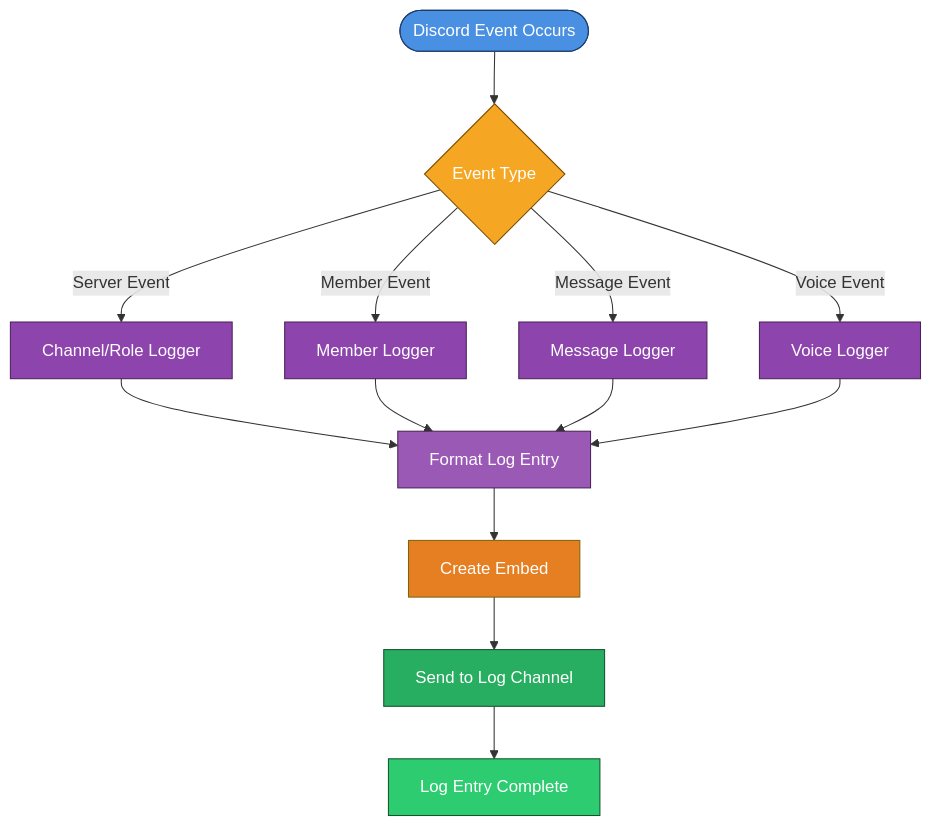
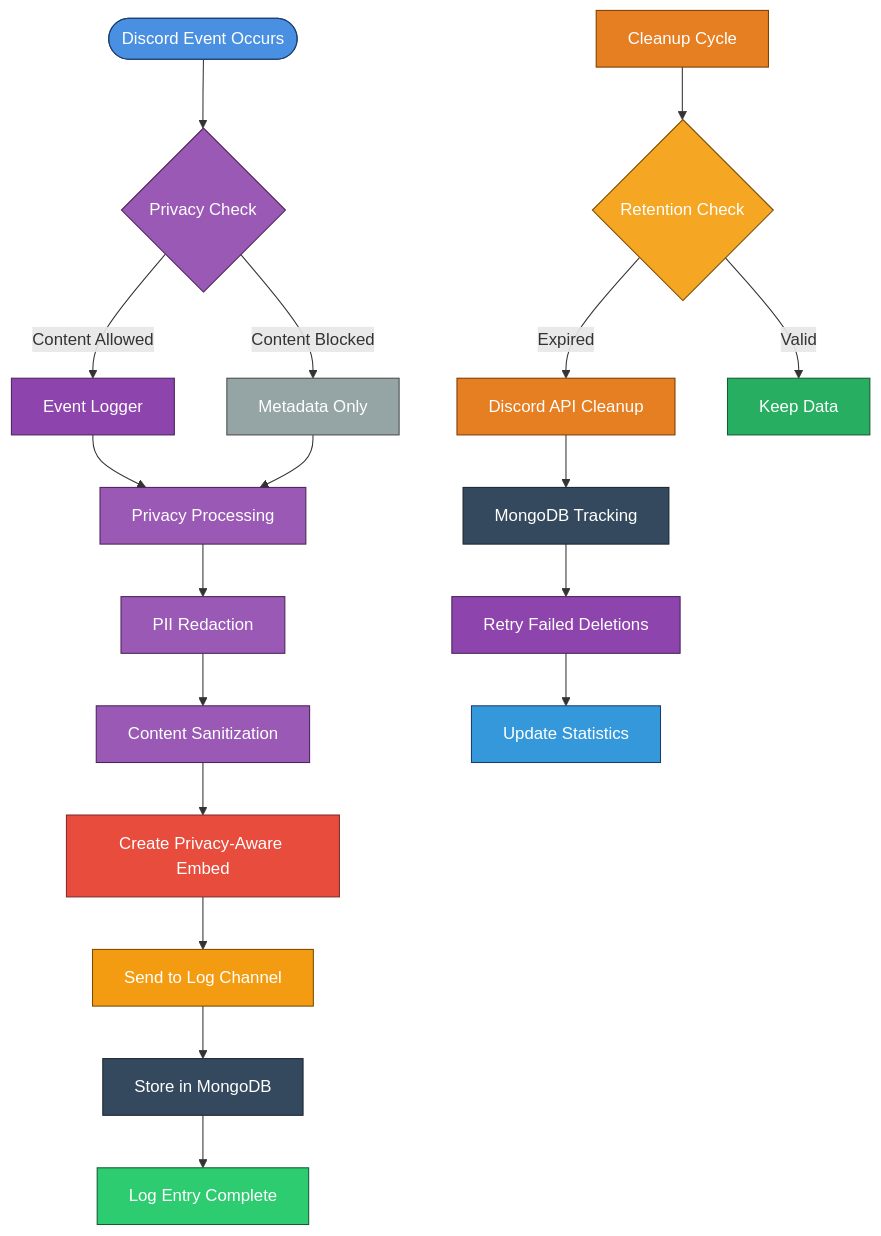
Before and after one commit to MonishKrishna2009/Apatite-Bot: the diagram in GitAssets/docs/Logging-System.md, drawn with Mermaid. The commit also changed other lines of this file and 55 other files, not shown here.

````diff
--- a/GitAssets/docs/Logging-System.md
+++ b/GitAssets/docs/Logging-System.md
@@ -27,26 +52,38 @@
 ```mermaid
 flowchart TD
-    A([Discord Event Occurs]):::event --> B{Event Type}:::decision
-    B -- Server Event --> C[Channel/Role Logger]:::logger
-    B -- Member Event --> D[Member Logger]:::logger
-    B -- Message Event --> E[Message Logger]:::logger
-    B -- Voice Event --> F[Voice Logger]:::logger
+    A([Discord Event Occurs]):::event --> B{Privacy Check}:::privacy
+    B -- Content Allowed --> C[Event Logger]:::logger
+    B -- Content Blocked --> D[Metadata Only]:::metadata
     
-    C --> G[Format Log Entry]:::format
-    D --> G
-    E --> G
-    F --> G
+    C --> E[Privacy Processing]:::privacy
+    D --> E
+    E --> F[PII Redaction]:::privacy
+    F --> G[Content Sanitization]:::privacy
+    G --> H[Create Privacy-Aware Embed]:::embed
     
-    G --> H[Create Embed]:::embed
     H --> I[Send to Log Channel]:::send
-    I --> J[Log Entry Complete]:::success
+    I --> J[Store in MongoDB]:::database
+    J --> K[Log Entry Complete]:::success
+    
+    L[Cleanup Cycle]:::cleanup --> M{Retention Check}:::decision
+    M -- Expired --> N[Discord API Cleanup]:::cleanup
+    M -- Valid --> O[Keep Data]:::keep
+    N --> P[MongoDB Tracking]:::database
+    P --> Q[Retry Failed Deletions]:::retry
+    Q --> R[Update Statistics]:::stats
     
     %% Styles
     classDef event fill:#4A90E2,stroke:#1C3D6E,color:#fff;
+    classDef privacy fill:#9B59B6,stroke:#4A235A,color:#fff;
     classDef decision fill:#F5A623,stroke:#7A4A00,color:#fff;
     classDef logger fill:#8E44AD,stroke:#4A235A,color:#fff;
-    classDef format fill:#9B59B6,stroke:#4A235A,color:#fff;
-    classDef embed fill:#E67E22,stroke:#7D6608,color:#fff;
-    classDef send fill:#27AE60,stroke:#14532D,color:#fff;
-    classDef success fill:#2ECC71,stroke:#14532D,color:#fff;
+    classDef metadata fill:#95A5A6,stroke:#4A4A4A,color:#fff;
+    classDef embed fill:#E74C3C,stroke:#7D2B2B,color:#fff;
+    classDef send fill:#F39C12,stroke:#7A4A00,color:#fff;
+    classDef database fill:#34495E,stroke:#1A252F,color:#fff;
+    classDef success fill:#2ECC71,stroke:#145A32,color:#fff;
+    classDef cleanup fill:#E67E22,stroke:#7D3C00,color:#fff;
+    classDef keep fill:#27AE60,stroke:#145A32,color:#fff;
+    classDef retry fill:#8E44AD,stroke:#4A235A,color:#fff;
+    classDef stats fill:#3498DB,stroke:#1C3D6E,color:#fff;
 ```
````
